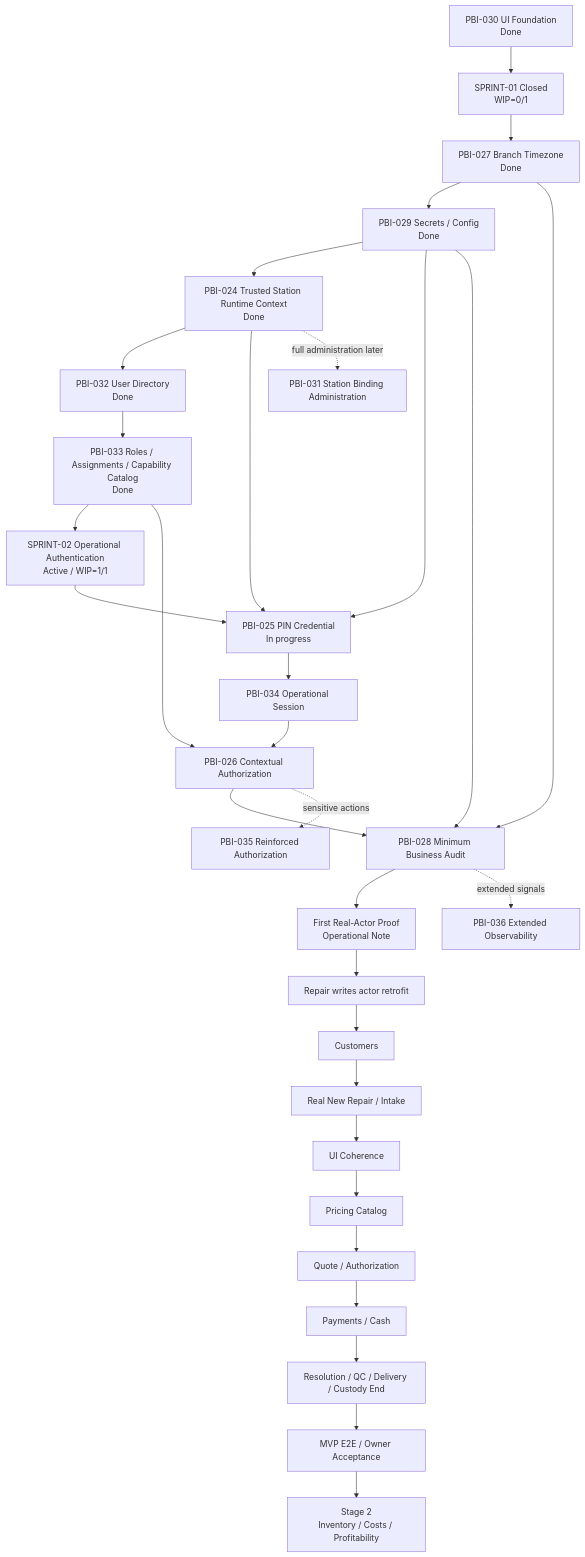
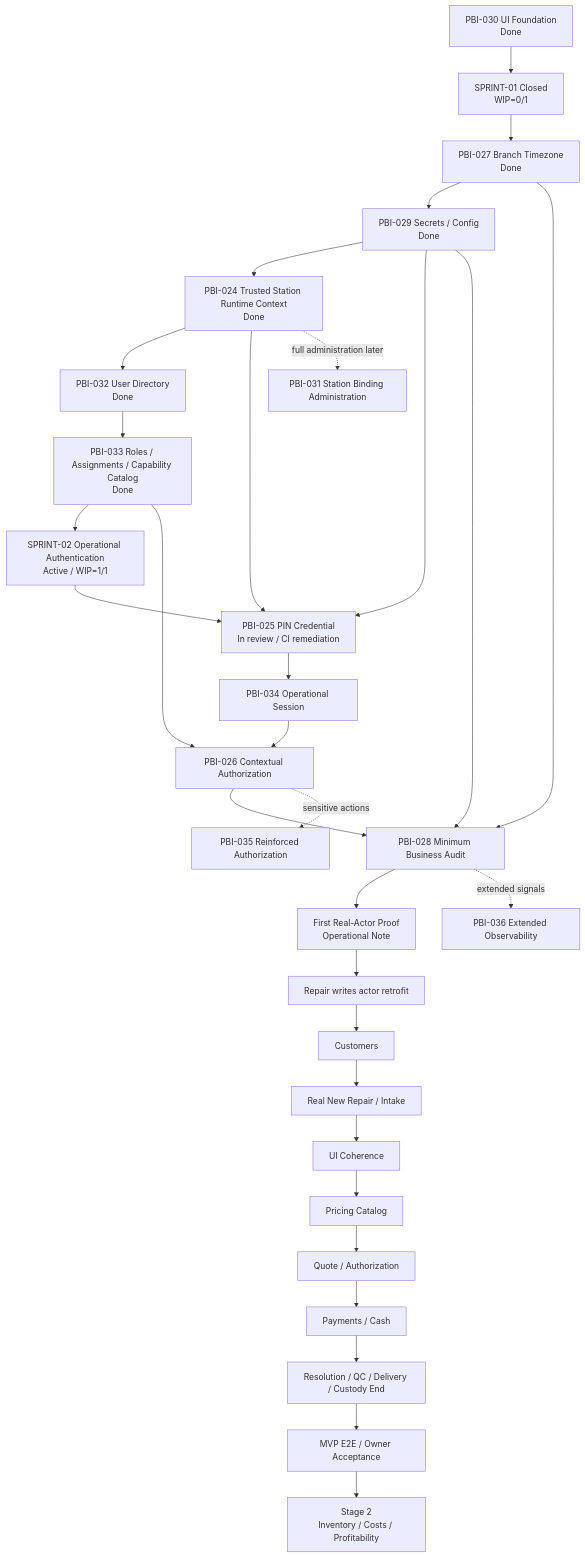
One commit to luisgtzaviles/SrTaller-2.0 changed the diagram in docs/backlog/DEPENDENCY_MAP.md. Above: the diagram before and after it, drawn with Mermaid. The commit also changed other lines of this file and 21 other files, not shown here.

Commit message:
docs: reconcile PBI-025 remediation state

````diff
--- a/docs/backlog/DEPENDENCY_MAP.md
+++ b/docs/backlog/DEPENDENCY_MAP.md
@@ -13,33 +13,33 @@
 ```mermaid
 flowchart TD
     P30[PBI-030 UI Foundation<br/>Done] --> S1[SPRINT-01 Closed<br/>WIP=0/1]
     S1 --> P27[PBI-027 Branch Timezone<br/>Done]
     P27 --> P29[PBI-029 Secrets / Config<br/>Done]
     P29 --> P24[PBI-024 Trusted Station Runtime Context<br/>Done]
     P24 --> P32[PBI-032 User Directory<br/>Done]
     P32 --> P33[PBI-033 Roles / Assignments / Capability Catalog<br/>Done]
     P33 --> S2[SPRINT-02 Operational Authentication<br/>Active / WIP=1/1]
-    S2 --> P25[PBI-025 PIN Credential<br/>In progress]
+    S2 --> P25[PBI-025 PIN Credential<br/>In review / CI remediation]
     P24 --> P25
     P29 --> P25
     P25 --> P34[PBI-034 Operational Session]
     P34 --> P26[PBI-026 Contextual Authorization]
     P33 --> P26
     P26 --> P28[PBI-028 Minimum Business Audit]
     P27 --> P28
     P29 --> P28
     P28 --> NOTE[First Real-Actor Proof<br/>Operational Note]
     NOTE --> RETRO[Repair writes actor retrofit]
     RETRO --> CUSTOMERS[Customers]
     CUSTOMERS --> INTAKE[Real New Repair / Intake]
     INTAKE --> POLISH[UI Coherence]
     POLISH --> PRICING[Pricing Catalog]
     PRICING --> QUOTE[Quote / Authorization]
     QUOTE --> MONEY[Payments / Cash]
     MONEY --> DELIVERY[Resolution / QC / Delivery / Custody End]
     DELIVERY --> MVP[MVP E2E / Owner Acceptance]
     P24 -. full administration later .-> P31[PBI-031 Station Binding Administration]
     P26 -. sensitive actions .-> P35[PBI-035 Reinforced Authorization]
     P28 -. extended signals .-> P36[PBI-036 Extended Observability]
     MVP --> STAGE2[Stage 2<br/>Inventory / Costs / Profitability]
 ```
````
